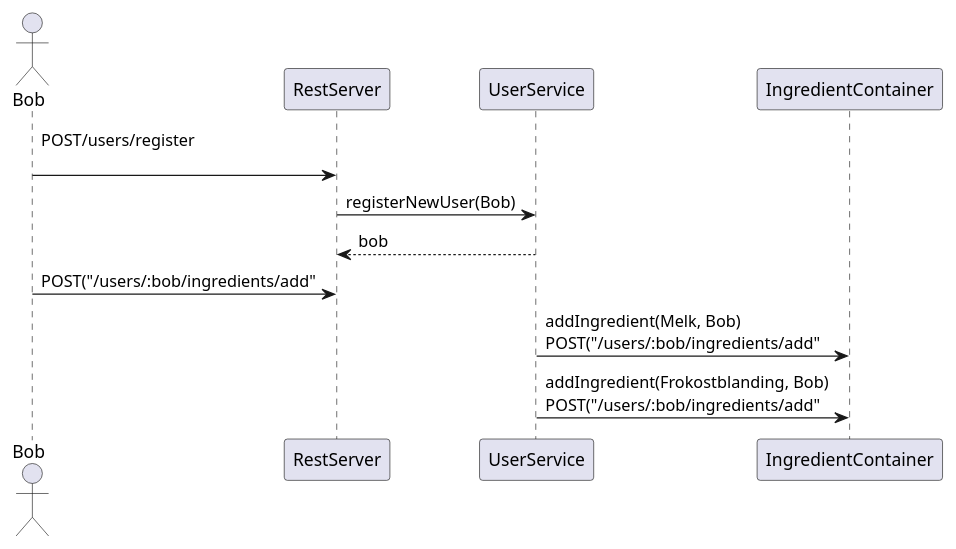
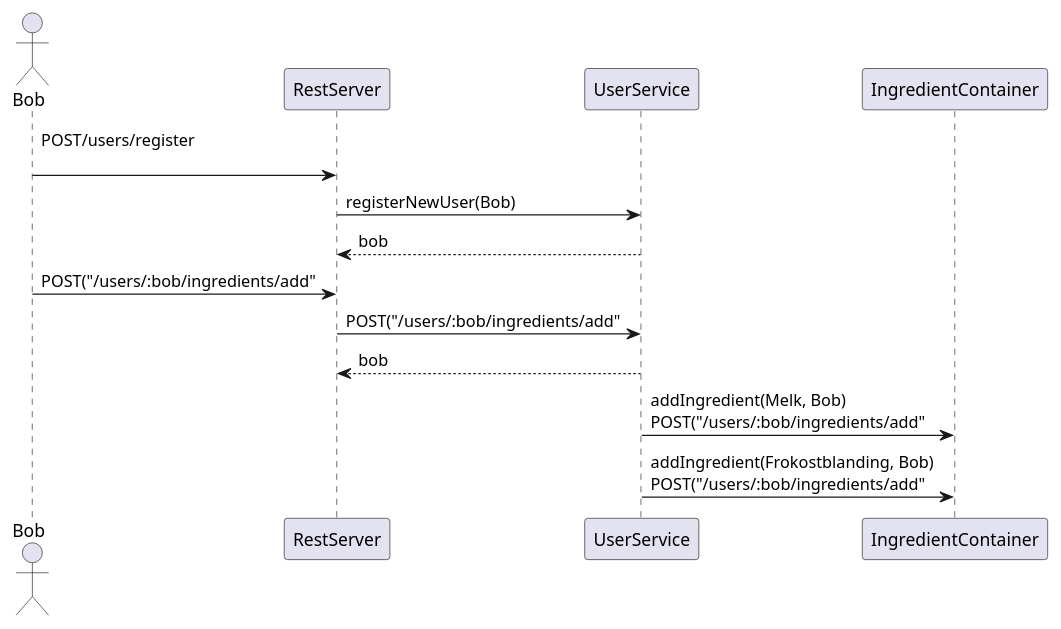
Before and after one commit to joonerik/dinnerium: the diagram in documentation/diagrams/sequence_diagram.wsd, drawn with PlantUML.

Commit message:
first sequence diagram sketch

```diff
--- a/documentation/diagrams/sequence_diagram.wsd
+++ b/documentation/diagrams/sequence_diagram.wsd
@@ -1,12 +1,15 @@
 @startuml sequence_diagram
 actor Bob
 Bob -> RestServer: POST/users/register\n
 RestServer -> UserService: registerNewUser(Bob)
 UserService --> RestServer: bob
 
 Bob -> RestServer: POST("/users/:bob/ingredients/add"
+RestServer -> UserService: POST("/users/:bob/ingredients/add"
+UserService --> RestServer: bob
+
 UserService -> IngredientContainer: addIngredient(Melk, Bob)\nPOST("/users/:bob/ingredients/add"
 UserService -> IngredientContainer: addIngredient(Frokostblanding, Bob)\nPOST("/users/:bob/ingredients/add"
 
 
 @enduml
```
